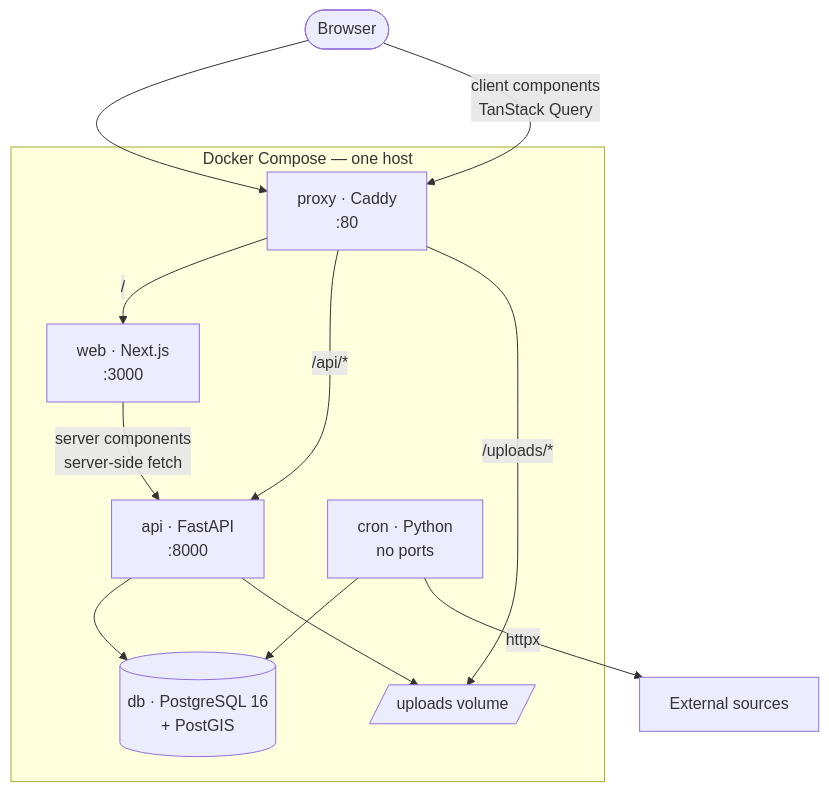
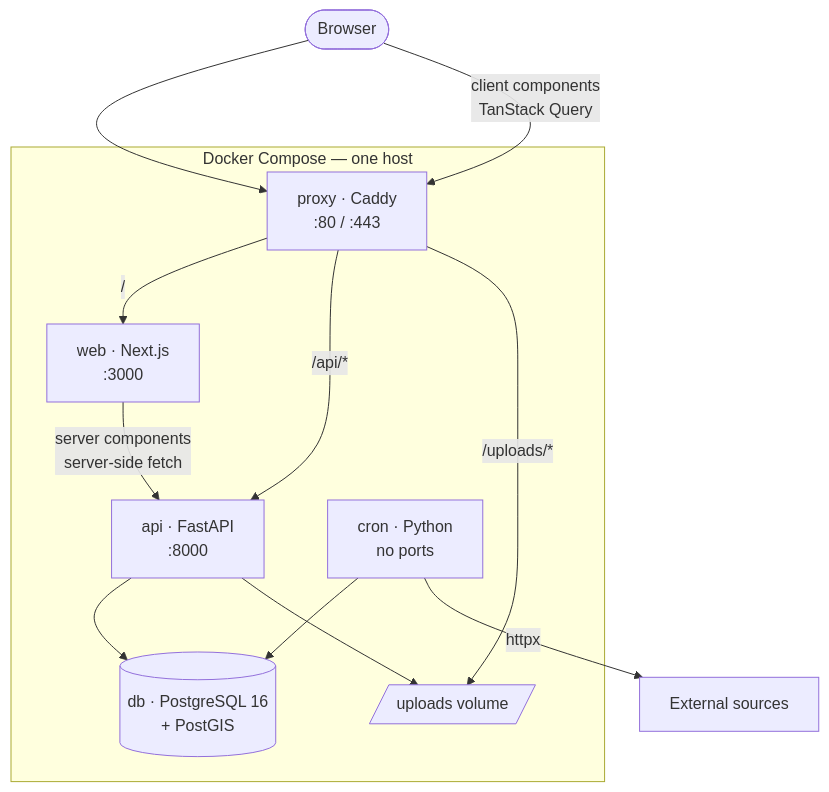
Before and after one commit to MaChewwwww/Project_Pitching: the second of 7 diagrams in docs/architecture.md, drawn with Mermaid. The commit also changed other lines of this file and 7 other files, not shown here.

Commit message:
docs: update core specifications and architecture documentation

````diff
--- a/docs/architecture.md
+++ b/docs/architecture.md
@@ -81,26 +79,26 @@
 ```mermaid
 graph TB
     Browser([Browser])
 
     subgraph VPS["Docker Compose — one host"]
-        PROXY[proxy · Caddy<br/>:80]
+        PROXY[proxy · Caddy<br/>:80 / :443]
         WEB[web · Next.js<br/>:3000]
         API[api · FastAPI<br/>:8000]
         CRON[cron · Python<br/>no ports]
         DB[(db · PostgreSQL 16<br/>+ PostGIS)]
         VOL[/uploads volume/]
     end
 
     Browser --> PROXY
     PROXY -->|/| WEB
     PROXY -->|/api/*| API
     PROXY -->|/uploads/*| VOL
 
     WEB -->|server components<br/>server-side fetch| API
     Browser -->|client components<br/>TanStack Query| PROXY
 
     API --> DB
     API --> VOL
     CRON --> DB
     CRON -->|httpx| EXT[External sources]
 ```
````
